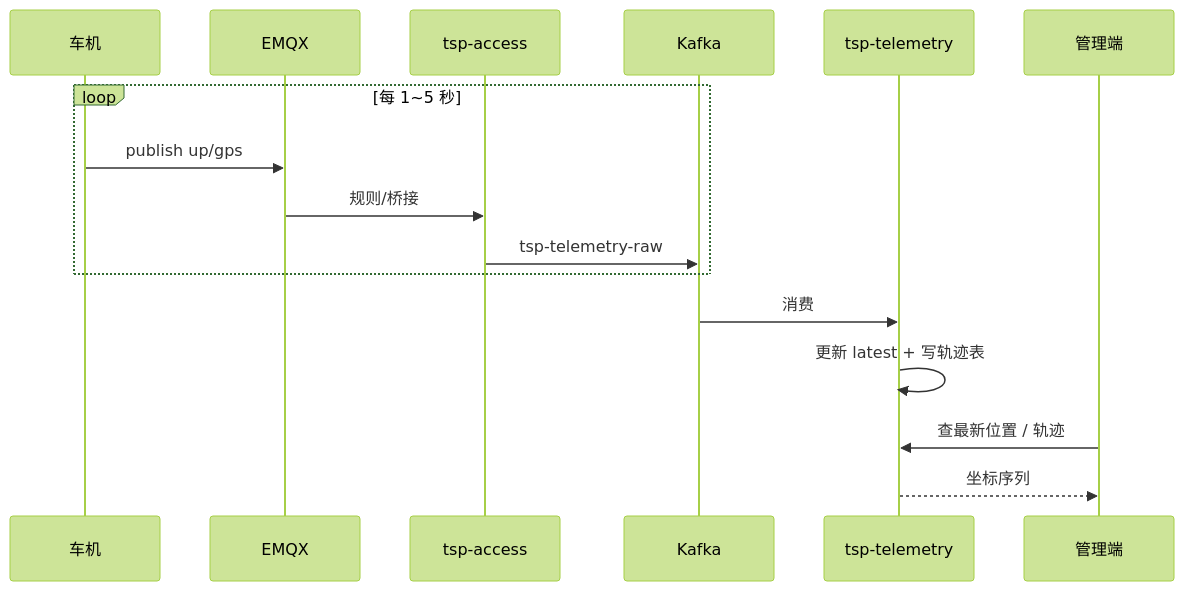
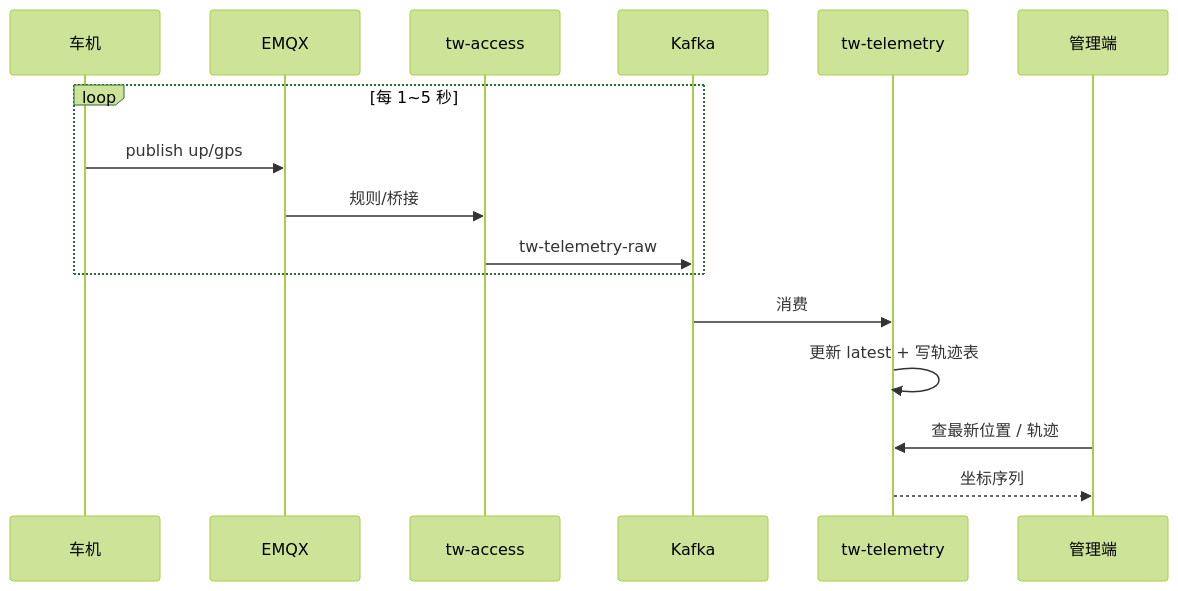
The fourth of 6 diagrams in docs/prepare/功能模块规划.md (codeyunze/yz-mall), drawn with Mermaid (forest theme) before and after one commit. The commit also changed other lines of this file and 5 other files, not shown here.

````diff
--- a/docs/prepare/功能模块规划.md
+++ b/docs/prepare/功能模块规划.md
@@ -246,19 +247,19 @@
 ```mermaid
 sequenceDiagram
   participant Car as 车机
   participant EMQX as EMQX
-  participant Acc as tsp-access
+  participant Acc as tw-access
   participant K as Kafka
-  participant T as tsp-telemetry
+  participant T as tw-telemetry
   participant PC as 管理端
 
   loop 每 1~5 秒
     Car->>EMQX: publish up/gps
     EMQX->>Acc: 规则/桥接
-    Acc->>K: tsp-telemetry-raw
+    Acc->>K: tw-telemetry-raw
   end
   K->>T: 消费
   T->>T: 更新 latest + 写轨迹表
   PC->>T: 查最新位置 / 轨迹
   T-->>PC: 坐标序列
 ```
````
